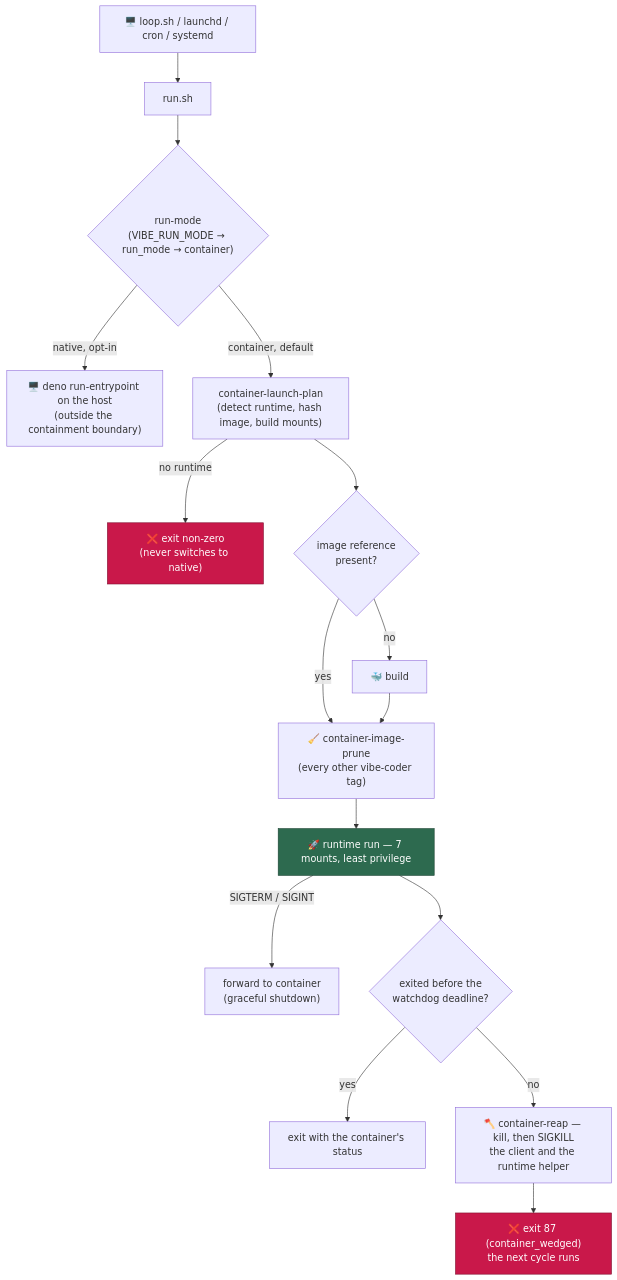
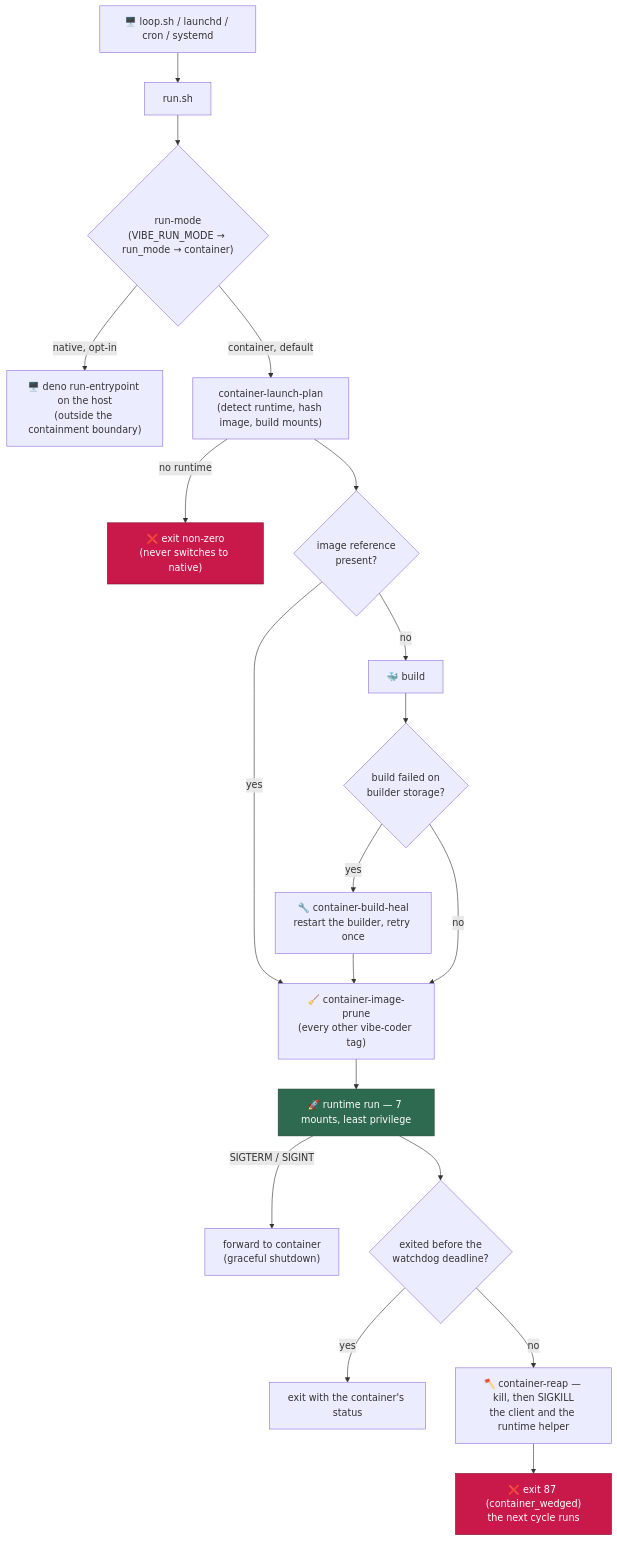
The seventh of 11 diagrams in docs/CONTAINER.md (stSoftwareAU/VibeCoder), drawn with Mermaid before and after one commit. The commit also changed other lines of this file and 14 other files, not shown here.

First line of the commit message:
Launcher self-heal: restart/recreate the BuildKit builder VM when a build fails with ENOSPC / read-only filesystem, retry once (Issue #1)

````diff
--- a/docs/CONTAINER.md
+++ b/docs/CONTAINER.md
@@ -402,21 +462,24 @@
 ```mermaid
 flowchart TD
     S["🖥️ loop.sh / launchd / cron / systemd"] --> R["run.sh"]
     R --> M{"run-mode<br/>(VIBE_RUN_MODE → run_mode → container)"}
     M -->|native, opt-in| NV["🖥️ deno run-entrypoint on the host<br/>(outside the containment boundary)"]
     M -->|container, default| P["container-launch-plan<br/>(detect runtime, hash image, build mounts)"]
     P -->|no runtime| X["❌ exit non-zero<br/>(never switches to native)"]
     P --> E{"image reference<br/>present?"}
     E -->|no| B["🐳 build"]
     E -->|yes| PR
-    B --> PR["🧹 container-image-prune<br/>(every other vibe-coder tag)"]
+    B --> BF{"build failed on<br/>builder storage?"}
+    BF -->|yes| BH["🔧 container-build-heal<br/>restart the builder, retry once"]
+    BH --> PR
+    BF -->|no| PR["🧹 container-image-prune<br/>(every other vibe-coder tag)"]
     PR --> L["🚀 runtime run — 7 mounts, least privilege"]
     L -->|SIGTERM / SIGINT| T["forward to container<br/>(graceful shutdown)"]
     L --> W{"exited before the<br/>watchdog deadline?"}
     W -->|yes| Z["exit with the container's status"]
     W -->|no| K["🪓 container-reap — kill, then SIGKILL<br/>the client and the runtime helper"]
     K --> KX["❌ exit 87 (container_wedged)<br/>the next cycle runs"]
     style X fill:#c9184a,stroke:#800f2f,color:#fff
     style KX fill:#c9184a,stroke:#800f2f,color:#fff
     style L fill:#2d6a4f,stroke:#1b4332,color:#fff
 ```
````
